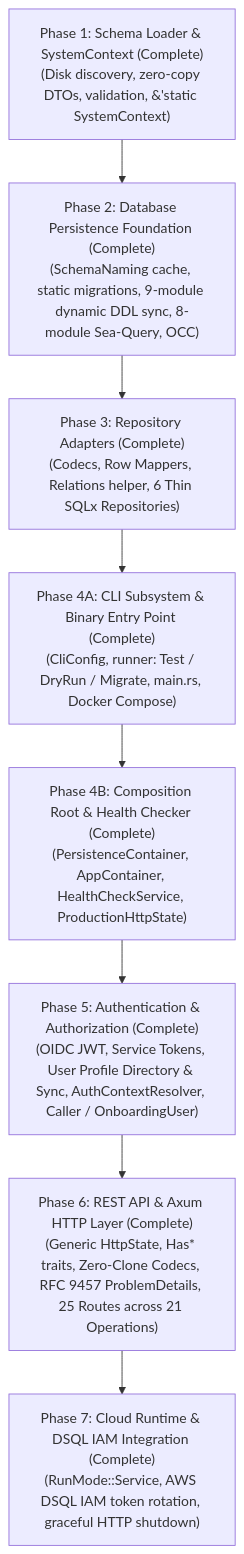
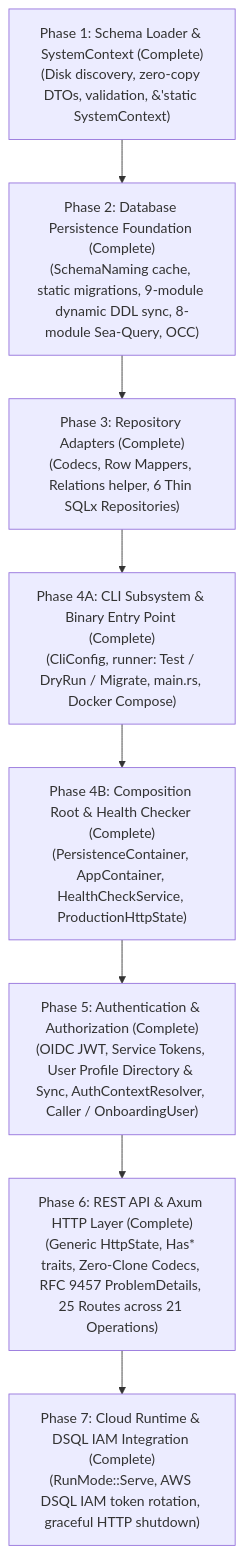
Before and after one commit to luminair-cms/luminair-system: the first of 2 diagrams in docs/plan-infrastructure.md, drawn with Mermaid. The commit also changed other lines of this file and 9 other files, not shown here.

````diff
--- a/docs/plan-infrastructure.md
+++ b/docs/plan-infrastructure.md
@@ -19,19 +19,19 @@
 ```mermaid
 flowchart TD
     P1["Phase 1: Schema Loader & SystemContext (Complete)<br/>(Disk discovery, zero-copy DTOs, validation, &'static SystemContext)"]
     P2["Phase 2: Database Persistence Foundation (Complete)<br/>(SchemaNaming cache, static migrations, 9-module dynamic DDL sync, 8-module Sea-Query, OCC)"]
     P3["Phase 3: Repository Adapters (Complete)<br/>(Codecs, Row Mappers, Relations helper, 6 Thin SQLx Repositories)"]
     P4A["Phase 4A: CLI Subsystem & Binary Entry Point (Complete)<br/>(CliConfig, runner: Test / DryRun / Migrate, main.rs, Docker Compose)"]
     P4B["Phase 4B: Composition Root & Health Checker (Complete)<br/>(PersistenceContainer, AppContainer, HealthCheckService, ProductionHttpState)"]
     P5["Phase 5: Authentication & Authorization (Complete)<br/>(OIDC JWT, Service Tokens, User Profile Directory & Sync, AuthContextResolver, Caller / OnboardingUser)"]
     P6["Phase 6: REST API & Axum HTTP Layer (Complete)<br/>(Generic HttpState, Has* traits, Zero-Clone Codecs, RFC 9457 ProblemDetails, 25 Routes across 21 Operations)"]
-    P7["Phase 7: Cloud Runtime & DSQL IAM Integration (Complete)<br/>(RunMode::Service, AWS DSQL IAM token rotation, graceful HTTP shutdown)"]
+    P7["Phase 7: Cloud Runtime & DSQL IAM Integration (Complete)<br/>(RunMode::Serve, AWS DSQL IAM token rotation, graceful HTTP shutdown)"]
 
     P1 --> P2
     P2 --> P3
     P3 --> P4A
     P4A --> P4B
     P4B --> P5
     P5 --> P6
     P6 --> P7
 ```
````
